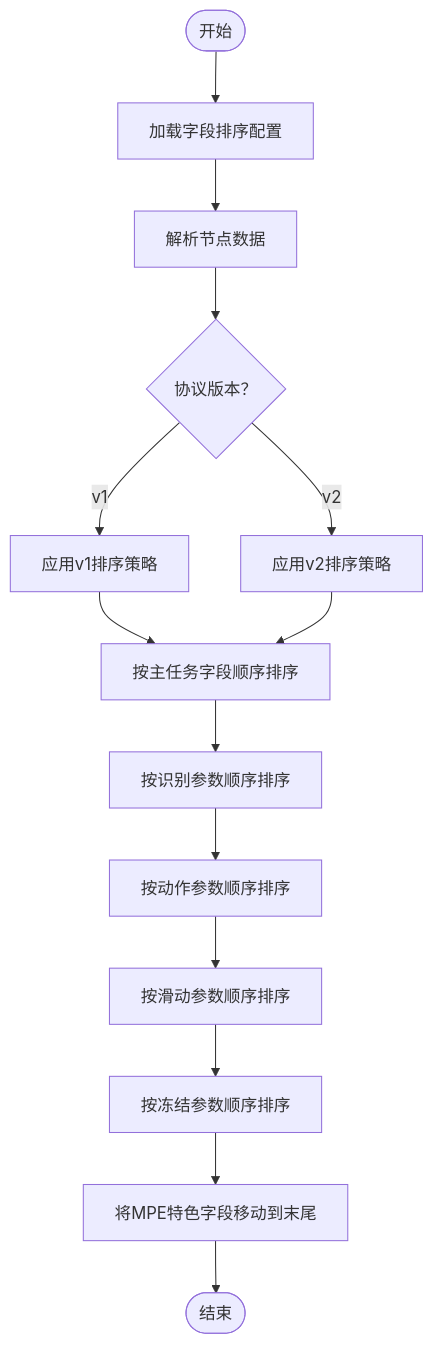
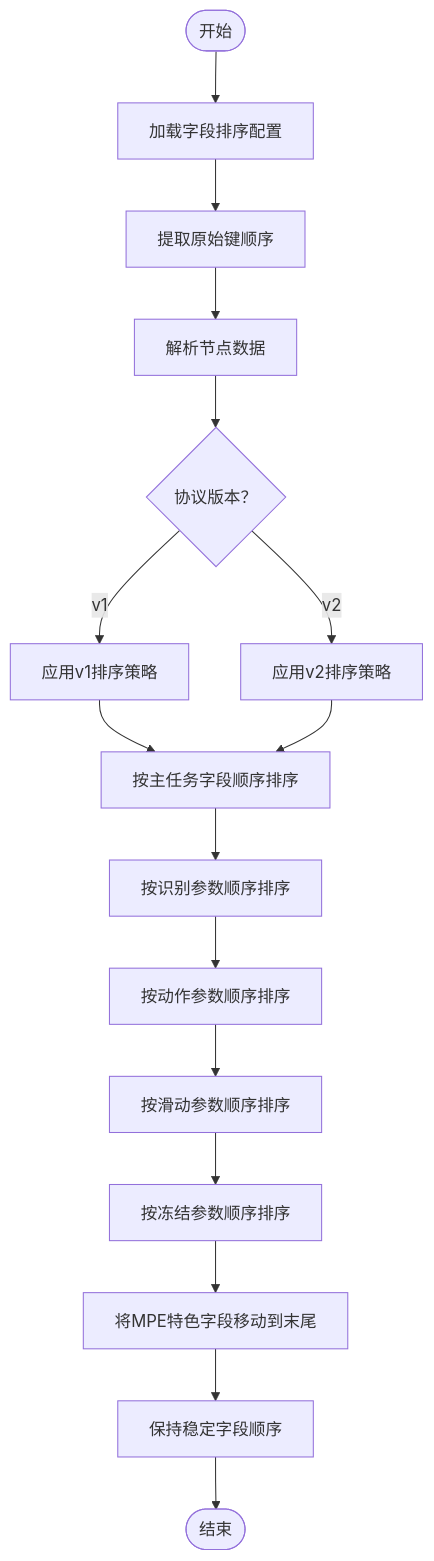
Before and after one commit to kqcoxn/MaaPipelineEditor: the fifth of 9 diagrams in .qoder/repowiki/zh/content/导入导出系统/导入导出系统.md, drawn with Mermaid. The commit also changed other lines of this file and 31 other files, not shown here.

````diff
--- a/.qoder/repowiki/zh/content/导入导出系统/导入导出系统.md
+++ b/.qoder/repowiki/zh/content/导入导出系统/导入导出系统.md
@@ -292,16 +291,18 @@
 ```mermaid
 flowchart TD
 Start(["开始"]) --> LoadConfig["加载字段排序配置"]
-LoadConfig --> ParseNode["解析节点数据"]
+LoadConfig --> ExtractKeys["提取原始键顺序"]
+ExtractKeys --> ParseNode["解析节点数据"]
 ParseNode --> CheckVersion{"协议版本？"}
 CheckVersion --> |v1| ApplyV1["应用v1排序策略"]
 CheckVersion --> |v2| ApplyV2["应用v2排序策略"]
 ApplyV1 --> SortMain["按主任务字段顺序排序"]
 ApplyV2 --> SortMain
 SortMain --> SortReco["按识别参数顺序排序"]
 SortReco --> SortAction["按动作参数顺序排序"]
 SortAction --> SortSwipe["按滑动参数顺序排序"]
 SortSwipe --> SortFreeze["按冻结参数顺序排序"]
 SortFreeze --> MoveMPE["将MPE特色字段移动到末尾"]
-MoveMPE --> End(["结束"])
+MoveMPE --> StableOrder["保持稳定字段顺序"]
+StableOrder --> End(["结束"])
 ```
````
